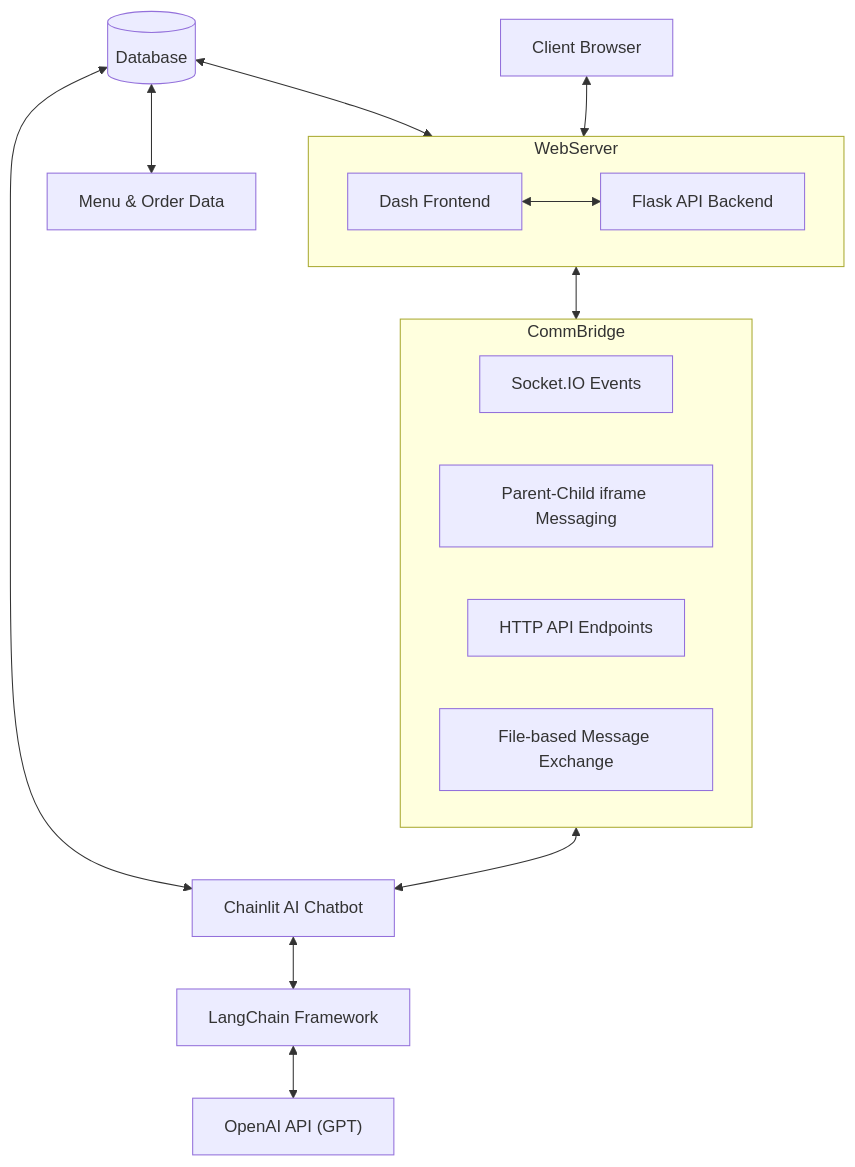
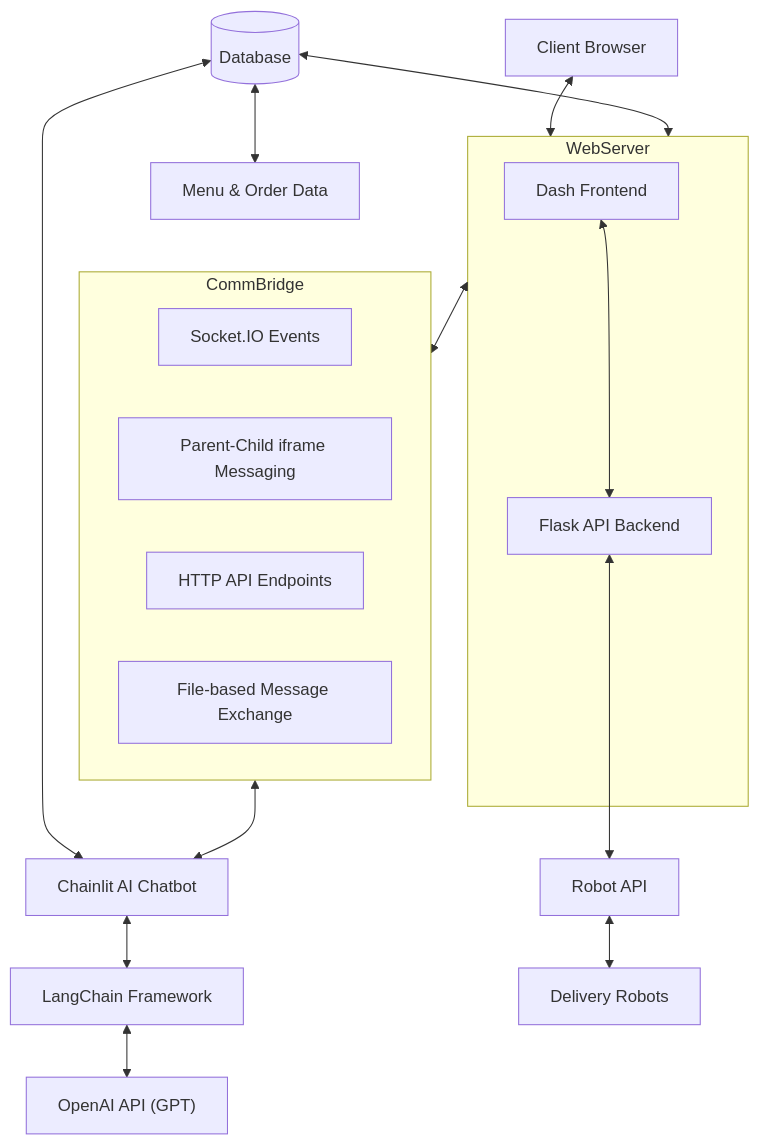
The first of 4 diagrams in Infrastructure.md (EmmaAdjei007/cafe-neo), drawn with Mermaid before and after one commit. The commit also changed other lines of this file, not shown here.

Commit message:
improve the infra structure to include robot version

````diff
--- a/Infrastructure.md
+++ b/Infrastructure.md
@@ -8,39 +8,43 @@
 ```mermaid
 flowchart TD
     Client["Client Browser"]
     WebServer["Web Server (Flask/Dash)"]
     DashFE["Dash Frontend"]
     FlaskBE["Flask API Backend"]
     CommBridge["Communication Bridge"]
     SocketIO["Socket.IO Events"]
     IframeMsg["Parent-Child iframe Messaging"]
     HTTPAPI["HTTP API Endpoints"]
     FileMsg["File-based Message Exchange"]
     DB[(Database)]
     Chainlit["Chainlit AI Chatbot"]
     Data["Menu & Order Data"]
     LangChain["LangChain Framework"]
     OpenAI["OpenAI API (GPT)"]
+    RobotAPI["Robot API"]
+    Robots["Delivery Robots"]
 
     Client <--> WebServer
     
     subgraph WebServer
         DashFE <--> FlaskBE
     end
     
     WebServer <--> CommBridge
+    FlaskBE <--> RobotAPI
+    RobotAPI <--> Robots
     
     subgraph CommBridge
         SocketIO
         IframeMsg
         HTTPAPI
         FileMsg
     end
     
     CommBridge <--> Chainlit
     DB <--> WebServer
     DB <--> Chainlit
     DB <--> Data
     Chainlit <--> LangChain
     LangChain <--> OpenAI
 ```
````
